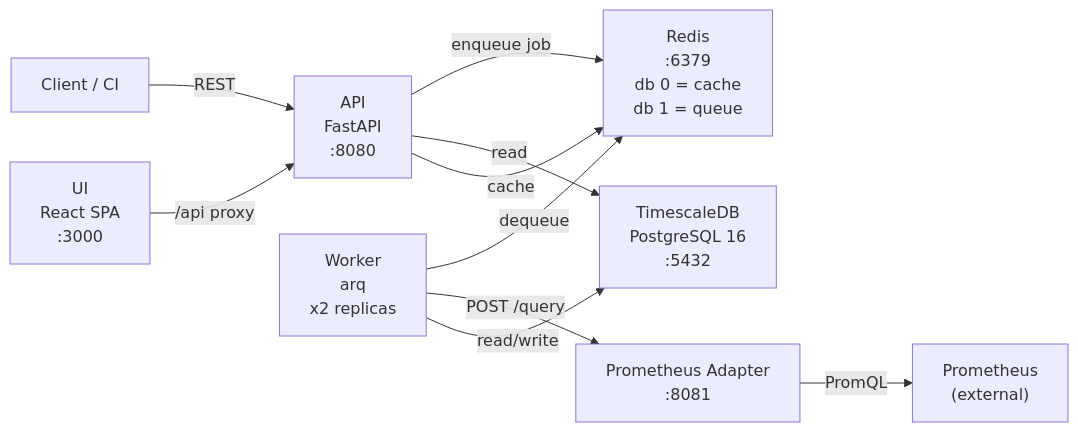
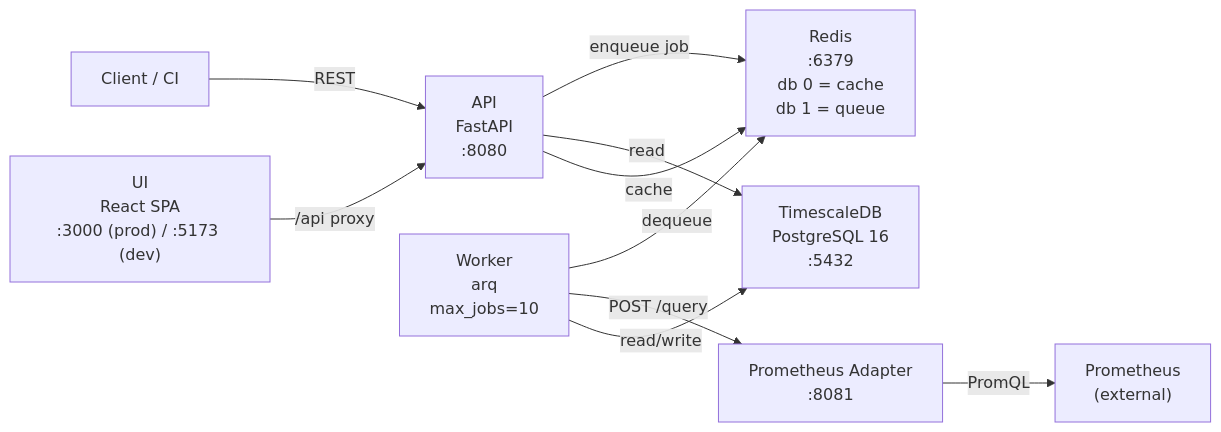
One commit to domik82/tropek changed the diagram in docs/architecture/system-overview.md. Above: the diagram before and after it, drawn with Mermaid. The commit also changed other lines of this file, not shown here.

Commit message:
docs: update system-overview with current ports, modules, and paths

````diff
--- a/docs/architecture/system-overview.md
+++ b/docs/architecture/system-overview.md
@@ -8,21 +8,21 @@
 ```mermaid
 graph LR
     Client["Client / CI"]
-    UI["UI<br/>React SPA<br/>:3000"]
+    UI["UI<br/>React SPA<br/>:3000 (prod) / :5173 (dev)"]
     API["API<br/>FastAPI<br/>:8080"]
     Redis["Redis<br/>:6379<br/>db 0 = cache<br/>db 1 = queue"]
-    Worker["Worker<br/>arq<br/>x2 replicas"]
+    Worker["Worker<br/>arq<br/>max_jobs=10"]
     Adapter["Prometheus Adapter<br/>:8081"]
     Prom["Prometheus<br/>(external)"]
     DB["TimescaleDB<br/>PostgreSQL 16<br/>:5432"]
 
     Client -->|REST| API
     UI -->|/api proxy| API
     API -->|enqueue job| Redis
     Worker -->|dequeue| Redis
     Worker -->|POST /query| Adapter
     Adapter -->|PromQL| Prom
     Worker -->|read/write| DB
     API -->|read| DB
     API -->|cache| Redis
 ```
````
